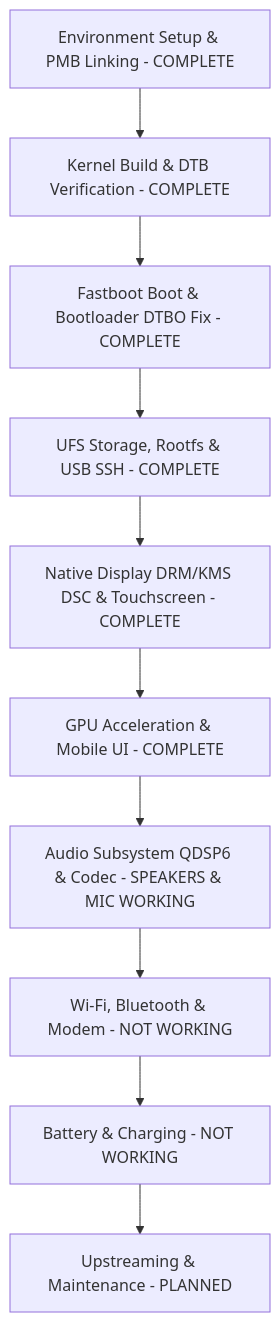
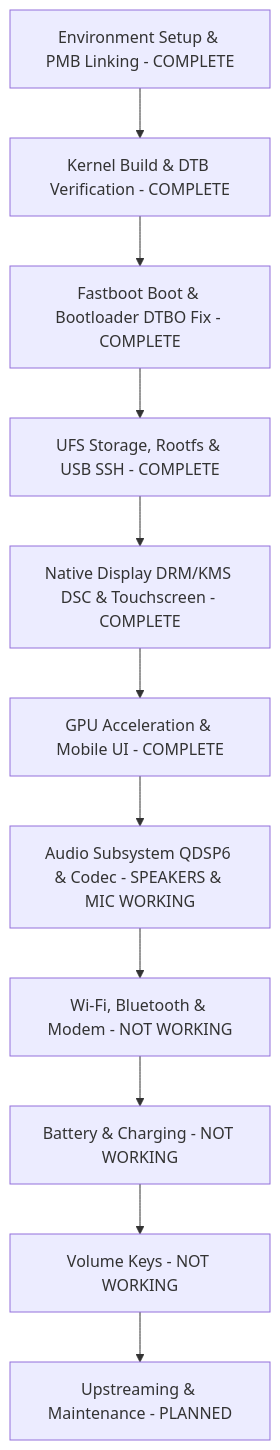
The diagram in docs/PLAN.md (emilyastranova/guacamole_nura), drawn with Mermaid before and after one commit. The commit also changed other lines of this file and 3 other files, not shown here.

````diff
--- a/docs/PLAN.md
+++ b/docs/PLAN.md
@@ -26,12 +26,13 @@
 ```mermaid
 flowchart TD
     A[Environment Setup & PMB Linking - COMPLETE] --> B[Kernel Build & DTB Verification - COMPLETE]
     B --> C[Fastboot Boot & Bootloader DTBO Fix - COMPLETE]
     C --> D[UFS Storage, Rootfs & USB SSH - COMPLETE]
     D --> E[Native Display DRM/KMS DSC & Touchscreen - COMPLETE]
     E --> F[GPU Acceleration & Mobile UI - COMPLETE]
     F --> H[Audio Subsystem QDSP6 & Codec - SPEAKERS & MIC WORKING]
     H --> I[Wi-Fi, Bluetooth & Modem - NOT WORKING]
     I --> J[Battery & Charging - NOT WORKING]
-    J --> K[Upstreaming & Maintenance - PLANNED]
+    J --> L[Volume Keys - NOT WORKING]
+    L --> K[Upstreaming & Maintenance - PLANNED]
 ```
````
